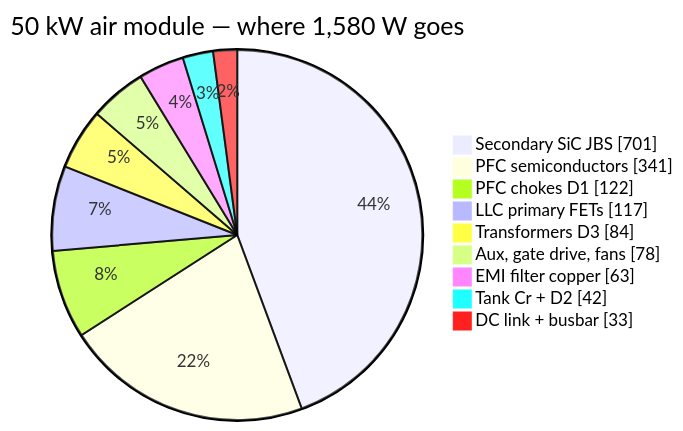
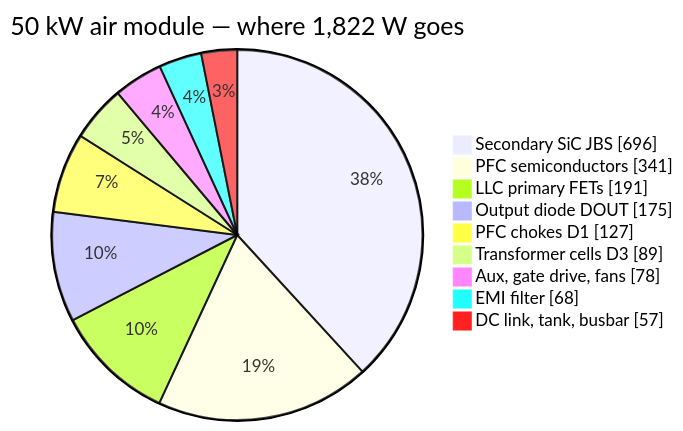
The first of 5 diagrams in docs/thermal-report.md (vectivolt/DC-Modules), drawn with Mermaid before and after one commit. The commit also changed other lines of this file and 121 other files, not shown here.

````diff
--- a/docs/thermal-report.md
+++ b/docs/thermal-report.md
@@ -65,12 +74,12 @@
 ```mermaid
-pie showData title 50 kW air module — where 1,580 W goes
-  "Secondary SiC JBS" : 701
+pie showData title 50 kW air module — where 1,822 W goes
+  "Secondary SiC JBS" : 696
   "PFC semiconductors" : 341
-  "PFC chokes D1" : 122
-  "LLC primary FETs" : 117
-  "Transformers D3" : 84
+  "LLC primary FETs" : 191
+  "Output diode DOUT" : 175
+  "PFC chokes D1" : 127
+  "Transformer cells D3" : 89
   "Aux, gate drive, fans" : 78
-  "EMI filter copper" : 63
-  "Tank Cr + D2" : 42
-  "DC link + busbar" : 33
+  "EMI filter" : 68
+  "DC link, tank, busbar" : 57
 ```
````
